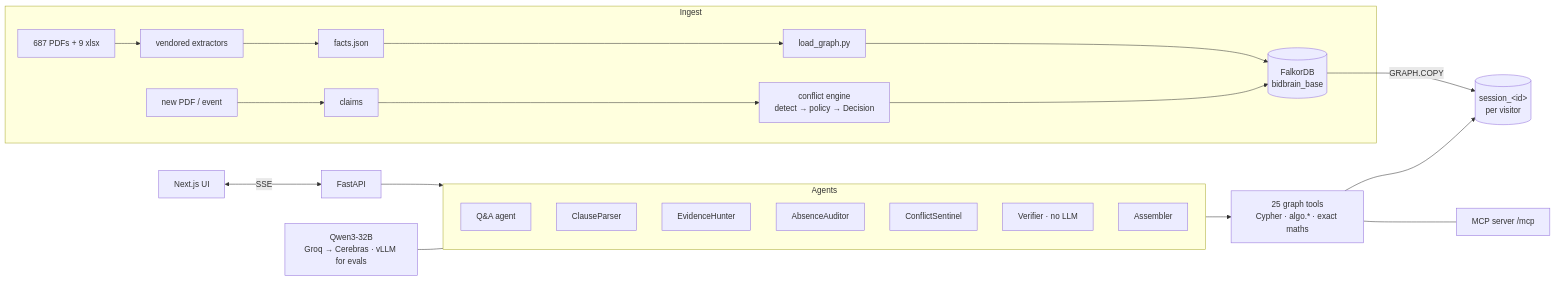
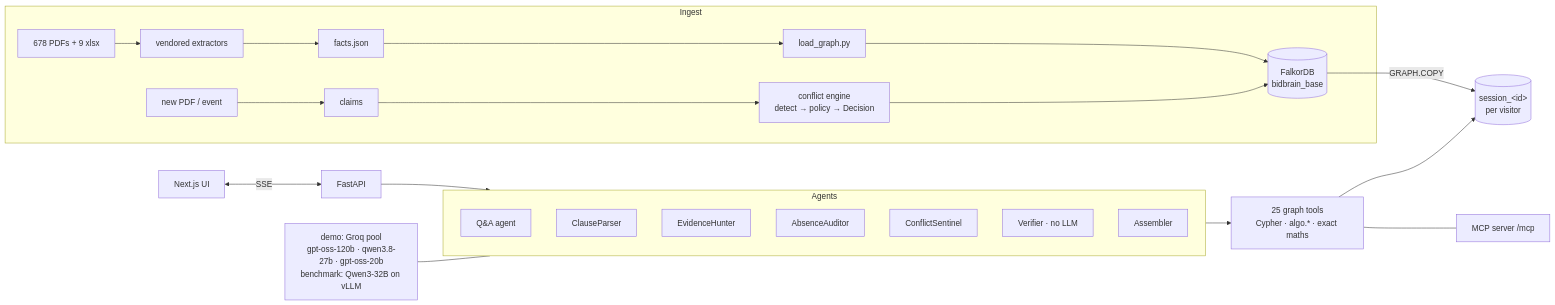
Before and after one commit to atharvgaur1845/bidbrain: the first of 2 diagrams in README.md, drawn with Mermaid. The commit also changed other lines of this file and 10 other files, not shown here.

````diff
--- a/README.md
+++ b/README.md
@@ -39,16 +39,16 @@
 ```mermaid
 flowchart LR
   subgraph Ingest
-    PDF[687 PDFs + 9 xlsx] --> X[vendored extractors] --> F[facts.json]
+    PDF[678 PDFs + 9 xlsx] --> X[vendored extractors] --> F[facts.json]
     F --> L[load_graph.py] --> G[(FalkorDB<br/>bidbrain_base)]
     N[new PDF / event] --> CL[claims] --> CE[conflict engine<br/>detect → policy → Decision] --> G
   end
   G -- GRAPH.COPY --> S[(session_&lt;id&gt;<br/>per visitor)]
   subgraph Agents
     QA[Q&A agent] & CP[ClauseParser] & EH[EvidenceHunter] & AA[AbsenceAuditor] & CS[ConflictSentinel] & V[Verifier · no LLM] & AS[Assembler]
   end
   T[25 graph tools<br/>Cypher · algo.* · exact maths] --- MCP[MCP server /mcp]
   Agents --> T --> S
   UI[Next.js UI] <-- SSE --> API[FastAPI] --> Agents
-  LLM[Qwen3-32B<br/>Groq → Cerebras · vLLM for evals] --- Agents
+  LLM[demo: Groq pool<br/>gpt-oss-120b · qwen3.8-27b · gpt-oss-20b<br/>benchmark: Qwen3-32B on vLLM] --- Agents
 ```
````
